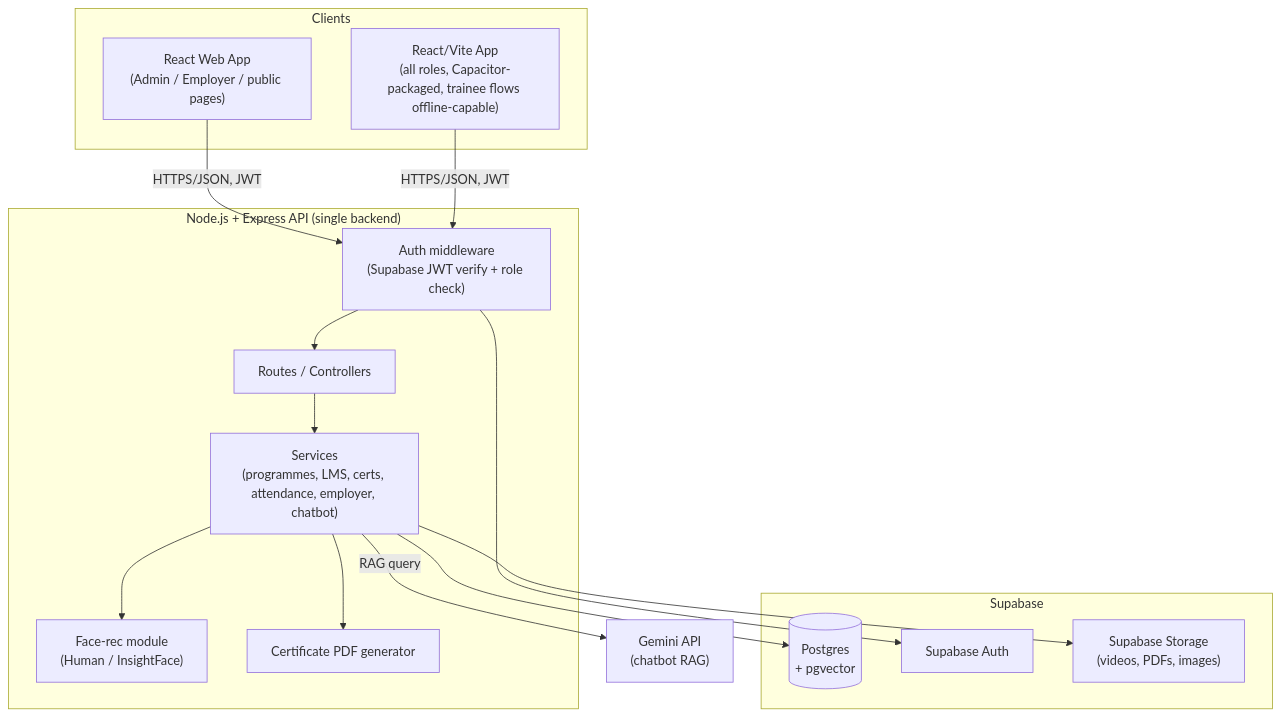
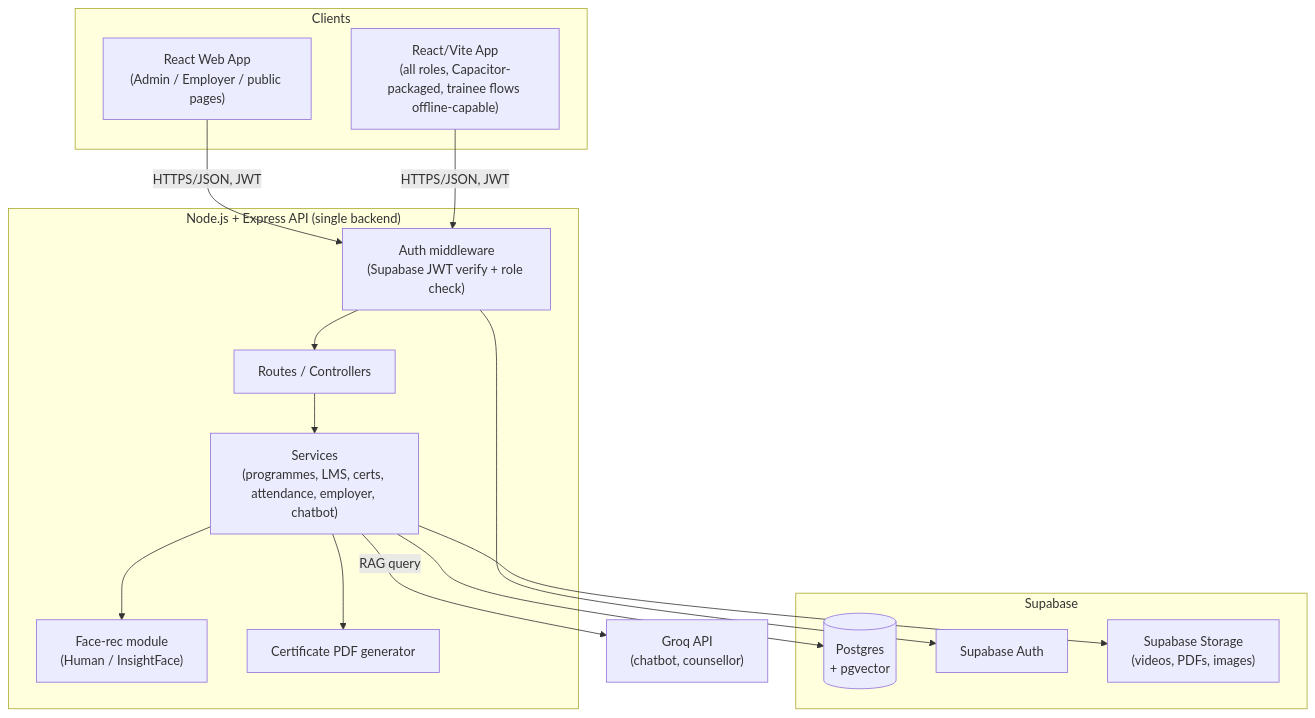
Before and after one commit to ShashankPonna/NCCT-platform: the diagram in docs/ARCHITECTURE.md, drawn with Mermaid. The commit also changed other lines of this file and 13 other files, not shown here.

````diff
--- a/docs/ARCHITECTURE.md
+++ b/docs/ARCHITECTURE.md
@@ -11,33 +11,33 @@
 ```mermaid
 flowchart TB
     subgraph Clients
         Web["React Web App\n(Admin / Employer / public pages)"]
         Mobile["React/Vite App\n(all roles, Capacitor-packaged, trainee flows offline-capable)"]
     end
 
     subgraph Backend["Node.js + Express API (single backend)"]
         Auth["Auth middleware\n(Supabase JWT verify + role check)"]
         Routes["Routes / Controllers"]
         Services["Services\n(programmes, LMS, certs, attendance, employer, chatbot)"]
         FaceRec["Face-rec module\n(Human / InsightFace)"]
         PDF["Certificate PDF generator"]
     end
 
     subgraph Supabase
         PG[("Postgres\n+ pgvector")]
         SAuth["Supabase Auth"]
         Storage["Supabase Storage\n(videos, PDFs, images)"]
     end
 
-    ClaudeAPI["Gemini API\n(chatbot RAG)"]
+    ClaudeAPI["Groq API\n(chatbot, counsellor)"]
 
     Web -->|HTTPS/JSON, JWT| Auth
     Mobile -->|HTTPS/JSON, JWT| Auth
     Auth --> Routes --> Services
     Services --> FaceRec
     Services --> PDF
     Services --> PG
     Services --> Storage
     Auth --> SAuth
     Services -->|RAG query| ClaudeAPI
 ```
````
